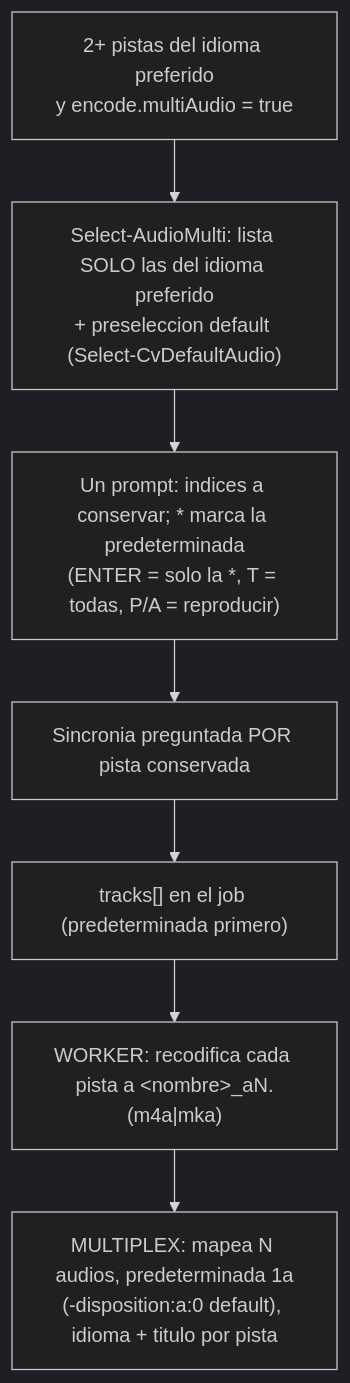
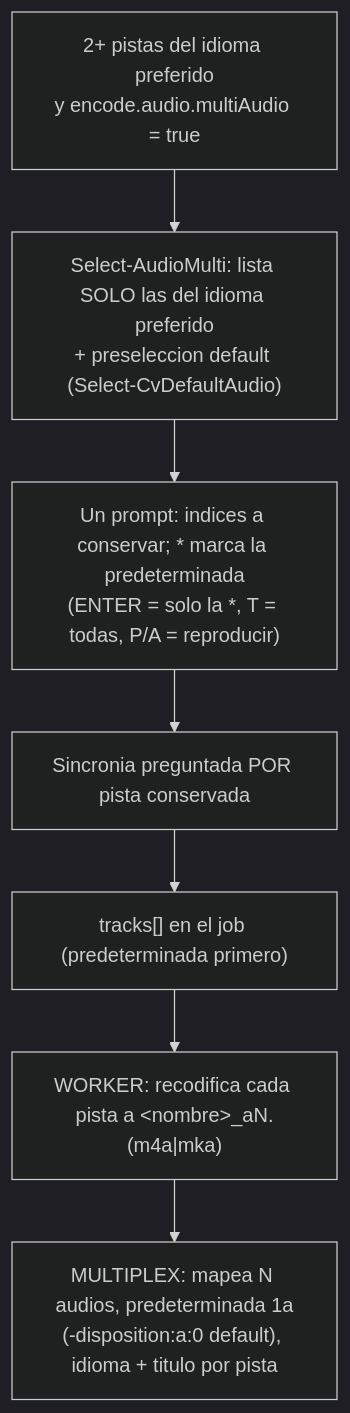
Before and after one commit to vsc55/ConversorVideoCMD: the third of 5 diagrams in docs/explica-audio.md, drawn with Mermaid (dark theme). The commit also changed other lines of this file and 29 other files, not shown here.

````diff
--- a/docs/explica-audio.md
+++ b/docs/explica-audio.md
@@ -52,9 +52,9 @@
 ```mermaid
 flowchart TD
-    A["2+ pistas del idioma preferido<br/>y encode.multiAudio = true"] --> B["Select-AudioMulti: lista SOLO las del idioma preferido<br/>+ preseleccion default (Select-CvDefaultAudio)"]
+    A["2+ pistas del idioma preferido<br/>y encode.audio.multiAudio = true"] --> B["Select-AudioMulti: lista SOLO las del idioma preferido<br/>+ preseleccion default (Select-CvDefaultAudio)"]
     B --> C["Un prompt: indices a conservar; * marca la predeterminada<br/>(ENTER = solo la *, T = todas, P/A = reproducir)"]
     C --> D["Sincronia preguntada POR pista conservada"]
     D --> E["tracks[] en el job (predeterminada primero)"]
     E --> F["WORKER: recodifica cada pista a &lt;nombre&gt;_aN.(m4a|mka)"]
     F --> G["MULTIPLEX: mapea N audios, predeterminada 1a<br/>(-disposition:a:0 default), idioma + titulo por pista"]
 ```
````
